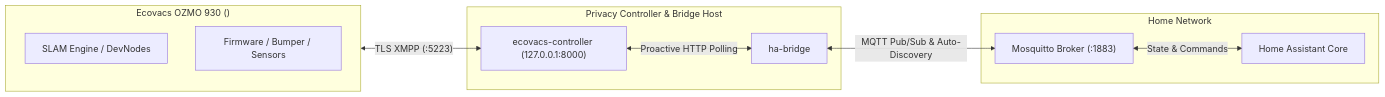
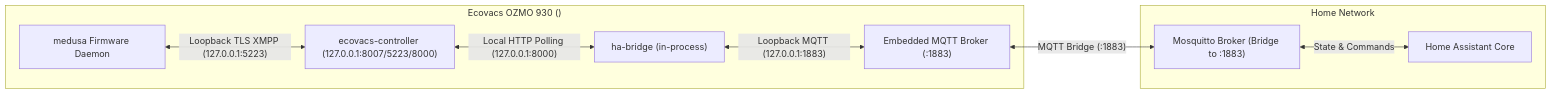
The diagram in docs/ha_bridge_integration.md (kushagharahi/ecovacs-privacy-control), drawn with Mermaid before and after one commit. The commit also changed other lines of this file and 30 other files, not shown here.

````diff
--- a/docs/ha_bridge_integration.md
+++ b/docs/ha_bridge_integration.md
@@ -100,22 +102,20 @@
 ```mermaid
 graph LR
     subgraph Robot ["Ecovacs OZMO 930 (<ROBOT_IP>)"]
-        SLAM["SLAM Engine / DevNodes"]
-        FW["Firmware / Bumper / Sensors"]
-    end
-
-    subgraph ControllerHost ["Privacy Controller & Bridge Host"]
-        Server["ecovacs-controller (127.0.0.1:8000)"]
-        Bridge["ha-bridge"]
+        FW["medusa Firmware Daemon"]
+        Controller["ecovacs-controller (127.0.0.1:8007/5223/8000)"]
+        Bridge["ha-bridge (in-process)"]
+        BotMQTT["Embedded MQTT Broker (:1883)"]
     end
 
     subgraph Infrastructure ["Home Network"]
-        MQTT["Mosquitto Broker (<HOST_IP>:1883)"]
+        MQTT["Mosquitto Broker (Bridge to <ROBOT_IP>:1883)"]
         HA["Home Assistant Core"]
     end
 
-    Robot <--"TLS XMPP (:5223)"--> Server
-    Server <--"Proactive HTTP Polling"--> Bridge
-    Bridge <--"MQTT Pub/Sub & Auto-Discovery"--> MQTT
+    FW <--"Loopback TLS XMPP (127.0.0.1:5223)"--> Controller
+    Controller <--"Local HTTP Polling (127.0.0.1:8000)"--> Bridge
+    Bridge <--"Loopback MQTT (127.0.0.1:1883)"--> BotMQTT
+    BotMQTT <--"MQTT Bridge (<ROBOT_IP>:1883)"--> MQTT
     MQTT <--"State & Commands"--> HA
 ```
````
